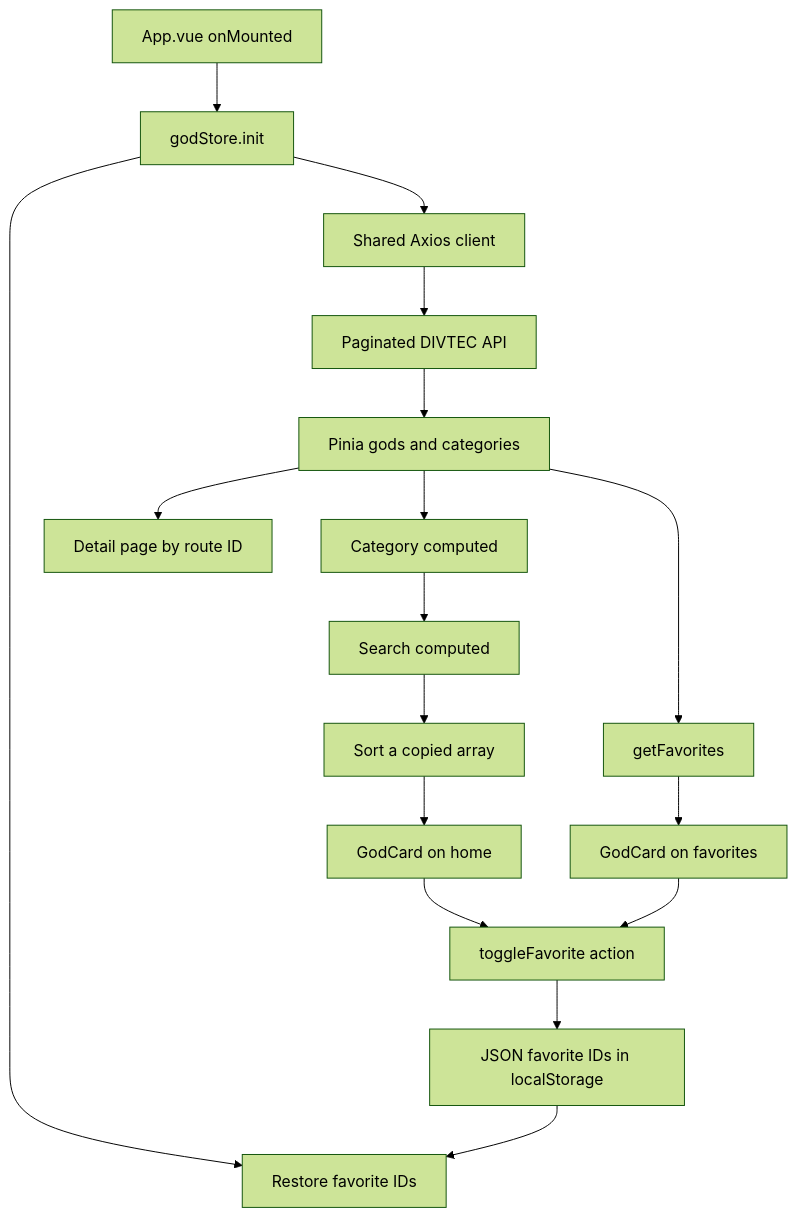
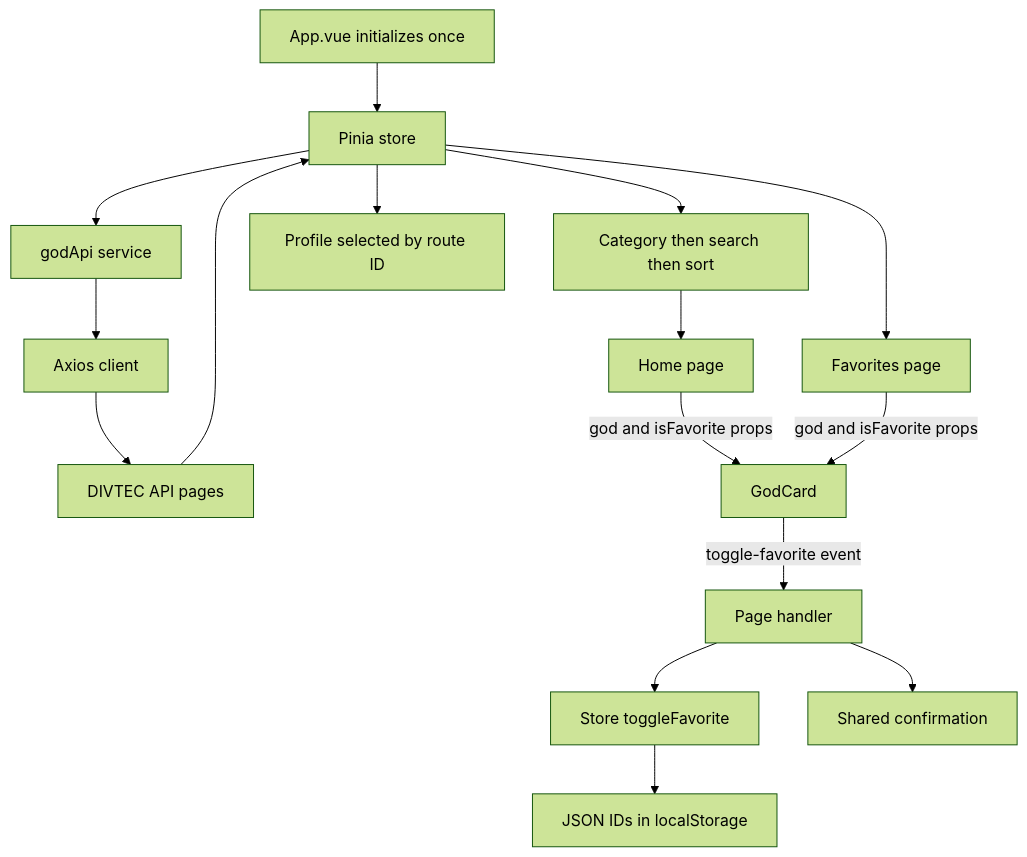
One commit to Loris-seganfredo/294-projet-dieuGrec-segalor changed the diagram in README.md. Above: the diagram before and after it, drawn with Mermaid (forest theme). The commit also changed other lines of this file and 5 other files, not shown here.

````diff
--- a/README.md
+++ b/README.md
@@ -80,19 +115,18 @@
 ```mermaid
 flowchart TD
-    App[App.vue onMounted] --> Init[godStore.init]
-    Init --> Restore[Restore favorite IDs]
-    Init --> Axios[Shared Axios client]
-    Axios --> API[Paginated DIVTEC API]
-    API --> Store[Pinia gods and categories]
-    Store --> Filter[Category computed]
-    Filter --> Search[Search computed]
-    Search --> Sort[Sort a copied array]
-    Sort --> Cards[GodCard on home]
-    Store --> Detail[Detail page by route ID]
-    Store --> FavoriteObjects[getFavorites]
-    FavoriteObjects --> FavoriteCards[GodCard on favorites]
-    Cards --> Toggle[toggleFavorite action]
-    FavoriteCards --> Toggle
-    Toggle --> Storage[JSON favorite IDs in localStorage]
-    Storage --> Restore
+    App[App.vue initializes once] --> Store[Pinia store]
+    Store --> Service[godApi service]
+    Service --> Axios[Axios client]
+    Axios --> API[DIVTEC API pages]
+    API --> Store
+    Store --> Computed[Category then search then sort]
+    Computed --> Page[Home page]
+    Store --> Favorites[Favorites page]
+    Page -->|god and isFavorite props| Card[GodCard]
+    Favorites -->|god and isFavorite props| Card
+    Card -->|toggle-favorite event| Handler[Page handler]
+    Handler --> Action[Store toggleFavorite]
+    Action --> Storage[JSON IDs in localStorage]
+    Handler --> Snackbar[Shared confirmation]
+    Store --> Detail[Profile selected by route ID]
 ```
````
